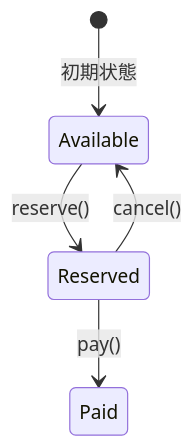
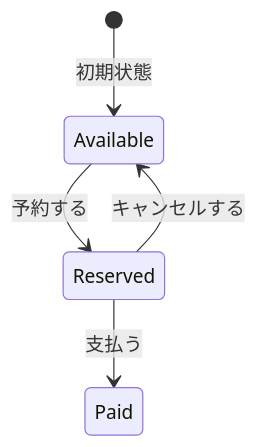
The first of 7 diagrams in kindle/design-patterns/output/chapter03.md (kumachan1101-pixel/DesignPattern), drawn with Mermaid before and after one commit. The commit also changed other lines of this file and 13 other files, not shown here.

````diff
--- a/kindle/design-patterns/output/chapter03.md
+++ b/kindle/design-patterns/output/chapter03.md
@@ -38,7 +38,7 @@
 ```mermaid
 stateDiagram-v2
     [*] --> Available : 初期状態
-    Available --> Reserved : reserve()
-    Reserved --> Paid : pay()
-    Reserved --> Available : cancel()
+    Available --> Reserved : 予約する
+    Reserved --> Paid : 支払う
+    Reserved --> Available : キャンセルする
 ```
````
